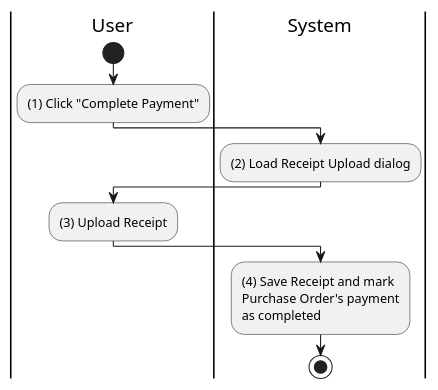
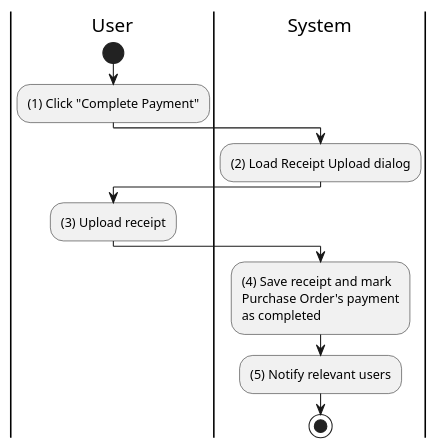
Before and after one commit to phihungha/scmss-reqs: the diagram in activities/purchase-order-complete-payment.plantuml, drawn with PlantUML. The commit also changed 9 other files, not shown here.

Commit message:
Improve purchase order activities

```diff
--- a/activities/purchase-order-complete-payment.plantuml
+++ b/activities/purchase-order-complete-payment.plantuml
@@ -1,20 +1,19 @@
 @startuml purchase-order-complete-payment
 |u|User
 |s|System
 
 |u|
 start
 :(1) Click "Complete Payment";
 
 |s|
 :(2) Load Receipt Upload dialog;
 
 |u|
-:(3) Upload Receipt;
+:(3) Upload receipt;
 
 |s|
-:(4) Save Receipt and mark
-Purchase Order's payment
-as completed;
+:(4) Save receipt and mark\nPurchase Order's payment\nas completed;
+:(5) Notify relevant users;
 stop
 @enduml
```
